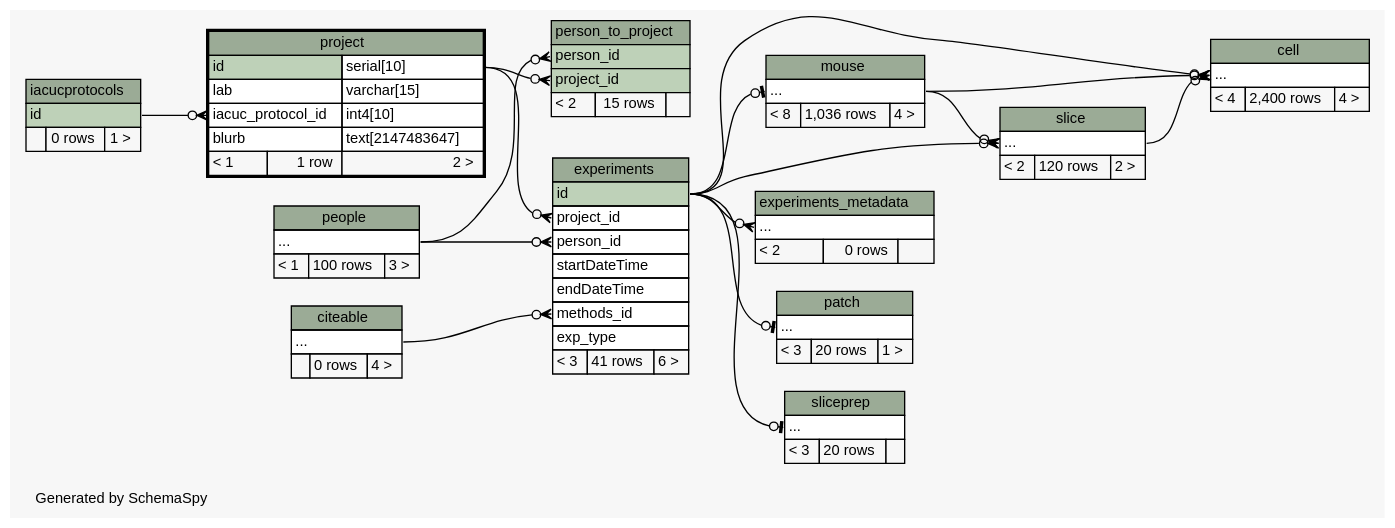
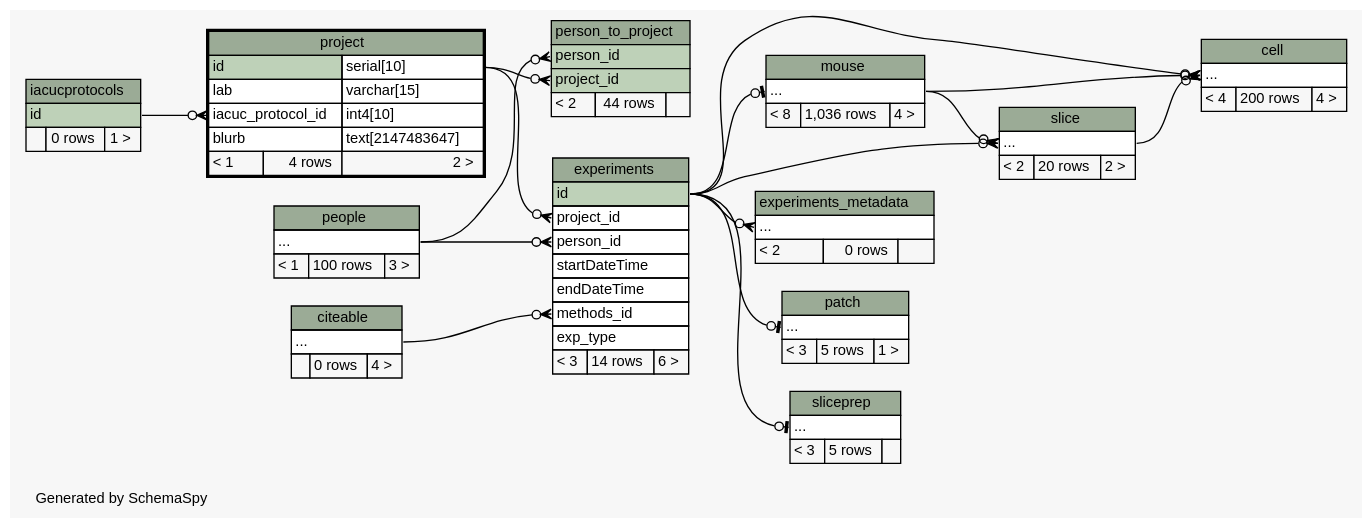
One commit to tgbugs/mlab changed the diagram in database/ss/diagrams/project.2degrees.dot. Above: the diagram before and after it, drawn with Graphviz. The commit also changed 221 other files, not shown here.

```diff
--- a/database/ss/diagrams/project.2degrees.dot
+++ b/database/ss/diagrams/project.2degrees.dot
@@ -1,167 +1,167 @@
 // dot 2.34.0 on Windows 7 6.1
 // SchemaSpy rev 590
 digraph "twoDegreesRelationshipsDiagram" {
   graph [
     rankdir="RL"
     bgcolor="#f7f7f7"
     label="\nGenerated by SchemaSpy"
     labeljust="l"
     nodesep="0.18"
     ranksep="0.46"
     fontname="Helvetica"
     fontsize="11"
   ];
   node [
     fontname="Helvetica"
     fontsize="11"
     shape="plaintext"
   ];
   edge [
     arrowsize="0.8"
   ];
   "cell":"elipses":w -> "experiments":"id":e [arrowhead=none dir=back arrowtail=crowodot];
   "cell":"elipses":w -> "mouse":"elipses":e [arrowhead=none dir=back arrowtail=crowodot];
   "cell":"elipses":w -> "slice":"elipses":e [arrowhead=none dir=back arrowtail=crowodot];
   "experiments":"methods_id":w -> "citeable":"elipses":e [arrowhead=none dir=back arrowtail=crowodot];
   "experiments":"person_id":w -> "people":"elipses":e [arrowhead=none dir=back arrowtail=crowodot];
   "experiments":"project_id":w -> "project":"id.type":e [arrowhead=none dir=back arrowtail=crowodot];
   "experiments_metadata":"elipses":w -> "experiments":"id":e [arrowhead=none dir=back arrowtail=crowodot];
   "mouse":"elipses":w -> "experiments":"id":e [arrowhead=none dir=back arrowtail=teeodot];
   "patch":"elipses":w -> "experiments":"id":e [arrowhead=none dir=back arrowtail=teeodot];
   "person_to_project":"person_id":w -> "people":"elipses":e [arrowhead=none dir=back arrowtail=crowodot];
   "person_to_project":"project_id":w -> "project":"id.type":e [arrowhead=none dir=back arrowtail=crowodot];
   "project":"iacuc_protocol_id":w -> "iacucprotocols":"id":e [arrowhead=none dir=back arrowtail=crowodot];
   "slice":"elipses":w -> "mouse":"elipses":e [arrowhead=none dir=back arrowtail=crowodot];
   "slice":"elipses":w -> "experiments":"id":e [arrowhead=none dir=back arrowtail=crowodot];
   "sliceprep":"elipses":w -> "experiments":"id":e [arrowhead=none dir=back arrowtail=teeodot];
   "cell" [
     label=<
     <TABLE BORDER="0" CELLBORDER="1" CELLSPACING="0" BGCOLOR="#ffffff">
       <TR><TD COLSPAN="3" BGCOLOR="#9bab96" ALIGN="CENTER">cell</TD></TR>
       <TR><TD PORT="elipses" COLSPAN="3" ALIGN="LEFT">...</TD></TR>
-      <TR><TD ALIGN="LEFT" BGCOLOR="#f7f7f7">&lt; 4</TD><TD ALIGN="RIGHT" BGCOLOR="#f7f7f7">2,400 rows</TD><TD ALIGN="RIGHT" BGCOLOR="#f7f7f7">4 &gt;</TD></TR>
+      <TR><TD ALIGN="LEFT" BGCOLOR="#f7f7f7">&lt; 4</TD><TD ALIGN="RIGHT" BGCOLOR="#f7f7f7">200 rows</TD><TD ALIGN="RIGHT" BGCOLOR="#f7f7f7">4 &gt;</TD></TR>
     </TABLE>>
     URL="cell.html"
     tooltip="cell"
   ];
   "citeable" [
     label=<
     <TABLE BORDER="0" CELLBORDER="1" CELLSPACING="0" BGCOLOR="#ffffff">
       <TR><TD COLSPAN="3" BGCOLOR="#9bab96" ALIGN="CENTER">citeable</TD></TR>
       <TR><TD PORT="elipses" COLSPAN="3" ALIGN="LEFT">...</TD></TR>
       <TR><TD ALIGN="LEFT" BGCOLOR="#f7f7f7">  </TD><TD ALIGN="RIGHT" BGCOLOR="#f7f7f7">0 rows</TD><TD ALIGN="RIGHT" BGCOLOR="#f7f7f7">4 &gt;</TD></TR>
     </TABLE>>
     URL="citeable.html"
     tooltip="citeable"
   ];
   "experiments" [
     label=<
     <TABLE BORDER="0" CELLBORDER="1" CELLSPACING="0" BGCOLOR="#ffffff">
       <TR><TD COLSPAN="3" BGCOLOR="#9bab96" ALIGN="CENTER">experiments</TD></TR>
       <TR><TD PORT="id" COLSPAN="3" BGCOLOR="#bed1b8" ALIGN="LEFT">id</TD></TR>
       <TR><TD PORT="project_id" COLSPAN="3" ALIGN="LEFT">project_id</TD></TR>
       <TR><TD PORT="person_id" COLSPAN="3" ALIGN="LEFT">person_id</TD></TR>
       <TR><TD PORT="startDateTime" COLSPAN="3" ALIGN="LEFT">startDateTime</TD></TR>
       <TR><TD PORT="endDateTime" COLSPAN="3" ALIGN="LEFT">endDateTime</TD></TR>
       <TR><TD PORT="methods_id" COLSPAN="3" ALIGN="LEFT">methods_id</TD></TR>
       <TR><TD PORT="exp_type" COLSPAN="3" ALIGN="LEFT">exp_type</TD></TR>
-      <TR><TD ALIGN="LEFT" BGCOLOR="#f7f7f7">&lt; 3</TD><TD ALIGN="RIGHT" BGCOLOR="#f7f7f7">41 rows</TD><TD ALIGN="RIGHT" BGCOLOR="#f7f7f7">6 &gt;</TD></TR>
+      <TR><TD ALIGN="LEFT" BGCOLOR="#f7f7f7">&lt; 3</TD><TD ALIGN="RIGHT" BGCOLOR="#f7f7f7">14 rows</TD><TD ALIGN="RIGHT" BGCOLOR="#f7f7f7">6 &gt;</TD></TR>
     </TABLE>>
     URL="experiments.html"
     tooltip="experiments"
   ];
   "experiments_metadata" [
     label=<
     <TABLE BORDER="0" CELLBORDER="1" CELLSPACING="0" BGCOLOR="#ffffff">
       <TR><TD COLSPAN="3" BGCOLOR="#9bab96" ALIGN="CENTER">experiments_metadata</TD></TR>
       <TR><TD PORT="elipses" COLSPAN="3" ALIGN="LEFT">...</TD></TR>
       <TR><TD ALIGN="LEFT" BGCOLOR="#f7f7f7">&lt; 2</TD><TD ALIGN="RIGHT" BGCOLOR="#f7f7f7">0 rows</TD><TD ALIGN="RIGHT" BGCOLOR="#f7f7f7">  </TD></TR>
     </TABLE>>
     URL="experiments_metadata.html"
     tooltip="experiments_metadata"
   ];
   "iacucprotocols" [
     label=<
     <TABLE BORDER="0" CELLBORDER="1" CELLSPACING="0" BGCOLOR="#ffffff">
       <TR><TD COLSPAN="3" BGCOLOR="#9bab96" ALIGN="CENTER">iacucprotocols</TD></TR>
       <TR><TD PORT="id" COLSPAN="3" BGCOLOR="#bed1b8" ALIGN="LEFT">id</TD></TR>
       <TR><TD ALIGN="LEFT" BGCOLOR="#f7f7f7">  </TD><TD ALIGN="RIGHT" BGCOLOR="#f7f7f7">0 rows</TD><TD ALIGN="RIGHT" BGCOLOR="#f7f7f7">1 &gt;</TD></TR>
     </TABLE>>
     URL="iacucprotocols.html"
     tooltip="iacucprotocols"
   ];
   "mouse" [
     label=<
     <TABLE BORDER="0" CELLBORDER="1" CELLSPACING="0" BGCOLOR="#ffffff">
       <TR><TD COLSPAN="3" BGCOLOR="#9bab96" ALIGN="CENTER">mouse</TD></TR>
       <TR><TD PORT="elipses" COLSPAN="3" ALIGN="LEFT">...</TD></TR>
       <TR><TD ALIGN="LEFT" BGCOLOR="#f7f7f7">&lt; 8</TD><TD ALIGN="RIGHT" BGCOLOR="#f7f7f7">1,036 rows</TD><TD ALIGN="RIGHT" BGCOLOR="#f7f7f7">4 &gt;</TD></TR>
     </TABLE>>
     URL="mouse.html"
     tooltip="mouse"
   ];
   "patch" [
     label=<
     <TABLE BORDER="0" CELLBORDER="1" CELLSPACING="0" BGCOLOR="#ffffff">
       <TR><TD COLSPAN="3" BGCOLOR="#9bab96" ALIGN="CENTER">patch</TD></TR>
       <TR><TD PORT="elipses" COLSPAN="3" ALIGN="LEFT">...</TD></TR>
-      <TR><TD ALIGN="LEFT" BGCOLOR="#f7f7f7">&lt; 3</TD><TD ALIGN="RIGHT" BGCOLOR="#f7f7f7">20 rows</TD><TD ALIGN="RIGHT" BGCOLOR="#f7f7f7">1 &gt;</TD></TR>
+      <TR><TD ALIGN="LEFT" BGCOLOR="#f7f7f7">&lt; 3</TD><TD ALIGN="RIGHT" BGCOLOR="#f7f7f7">5 rows</TD><TD ALIGN="RIGHT" BGCOLOR="#f7f7f7">1 &gt;</TD></TR>
     </TABLE>>
     URL="patch.html"
     tooltip="patch"
   ];
   "people" [
     label=<
     <TABLE BORDER="0" CELLBORDER="1" CELLSPACING="0" BGCOLOR="#ffffff">
       <TR><TD COLSPAN="3" BGCOLOR="#9bab96" ALIGN="CENTER">people</TD></TR>
       <TR><TD PORT="elipses" COLSPAN="3" ALIGN="LEFT">...</TD></TR>
       <TR><TD ALIGN="LEFT" BGCOLOR="#f7f7f7">&lt; 1</TD><TD ALIGN="RIGHT" BGCOLOR="#f7f7f7">100 rows</TD><TD ALIGN="RIGHT" BGCOLOR="#f7f7f7">3 &gt;</TD></TR>
     </TABLE>>
     URL="people.html"
     tooltip="people"
   ];
   "person_to_project" [
     label=<
     <TABLE BORDER="0" CELLBORDER="1" CELLSPACING="0" BGCOLOR="#ffffff">
       <TR><TD COLSPAN="3" BGCOLOR="#9bab96" ALIGN="CENTER">person_to_project</TD></TR>
       <TR><TD PORT="person_id" COLSPAN="3" BGCOLOR="#bed1b8" ALIGN="LEFT">person_id</TD></TR>
       <TR><TD PORT="project_id" COLSPAN="3" BGCOLOR="#bed1b8" ALIGN="LEFT">project_id</TD></TR>
-      <TR><TD ALIGN="LEFT" BGCOLOR="#f7f7f7">&lt; 2</TD><TD ALIGN="RIGHT" BGCOLOR="#f7f7f7">15 rows</TD><TD ALIGN="RIGHT" BGCOLOR="#f7f7f7">  </TD></TR>
+      <TR><TD ALIGN="LEFT" BGCOLOR="#f7f7f7">&lt; 2</TD><TD ALIGN="RIGHT" BGCOLOR="#f7f7f7">44 rows</TD><TD ALIGN="RIGHT" BGCOLOR="#f7f7f7">  </TD></TR>
     </TABLE>>
     URL="person_to_project.html"
     tooltip="person_to_project"
   ];
   "project" [
     label=<
     <TABLE BORDER="2" CELLBORDER="1" CELLSPACING="0" BGCOLOR="#ffffff">
       <TR><TD COLSPAN="3" BGCOLOR="#9bab96" ALIGN="CENTER">project</TD></TR>
       <TR><TD PORT="id" COLSPAN="2" BGCOLOR="#bed1b8" ALIGN="LEFT">id</TD><TD PORT="id.type" ALIGN="LEFT">serial[10]</TD></TR>
       <TR><TD PORT="lab" COLSPAN="2" ALIGN="LEFT">lab</TD><TD PORT="lab.type" ALIGN="LEFT">varchar[15]</TD></TR>
       <TR><TD PORT="iacuc_protocol_id" COLSPAN="2" ALIGN="LEFT">iacuc_protocol_id</TD><TD PORT="iacuc_protocol_id.type" ALIGN="LEFT">int4[10]</TD></TR>
       <TR><TD PORT="blurb" COLSPAN="2" ALIGN="LEFT">blurb</TD><TD PORT="blurb.type" ALIGN="LEFT">text[2147483647]</TD></TR>
-      <TR><TD ALIGN="LEFT" BGCOLOR="#f7f7f7">&lt; 1</TD><TD ALIGN="RIGHT" BGCOLOR="#f7f7f7">1 row</TD><TD ALIGN="RIGHT" BGCOLOR="#f7f7f7">2 &gt;</TD></TR>
+      <TR><TD ALIGN="LEFT" BGCOLOR="#f7f7f7">&lt; 1</TD><TD ALIGN="RIGHT" BGCOLOR="#f7f7f7">4 rows</TD><TD ALIGN="RIGHT" BGCOLOR="#f7f7f7">2 &gt;</TD></TR>
     </TABLE>>
     URL="project.html"
     tooltip="project"
   ];
   "slice" [
     label=<
     <TABLE BORDER="0" CELLBORDER="1" CELLSPACING="0" BGCOLOR="#ffffff">
       <TR><TD COLSPAN="3" BGCOLOR="#9bab96" ALIGN="CENTER">slice</TD></TR>
       <TR><TD PORT="elipses" COLSPAN="3" ALIGN="LEFT">...</TD></TR>
-      <TR><TD ALIGN="LEFT" BGCOLOR="#f7f7f7">&lt; 2</TD><TD ALIGN="RIGHT" BGCOLOR="#f7f7f7">120 rows</TD><TD ALIGN="RIGHT" BGCOLOR="#f7f7f7">2 &gt;</TD></TR>
+      <TR><TD ALIGN="LEFT" BGCOLOR="#f7f7f7">&lt; 2</TD><TD ALIGN="RIGHT" BGCOLOR="#f7f7f7">20 rows</TD><TD ALIGN="RIGHT" BGCOLOR="#f7f7f7">2 &gt;</TD></TR>
     </TABLE>>
     URL="slice.html"
     tooltip="slice"
   ];
   "sliceprep" [
     label=<
     <TABLE BORDER="0" CELLBORDER="1" CELLSPACING="0" BGCOLOR="#ffffff">
       <TR><TD COLSPAN="3" BGCOLOR="#9bab96" ALIGN="CENTER">sliceprep</TD></TR>
       <TR><TD PORT="elipses" COLSPAN="3" ALIGN="LEFT">...</TD></TR>
-      <TR><TD ALIGN="LEFT" BGCOLOR="#f7f7f7">&lt; 3</TD><TD ALIGN="RIGHT" BGCOLOR="#f7f7f7">20 rows</TD><TD ALIGN="RIGHT" BGCOLOR="#f7f7f7">  </TD></TR>
+      <TR><TD ALIGN="LEFT" BGCOLOR="#f7f7f7">&lt; 3</TD><TD ALIGN="RIGHT" BGCOLOR="#f7f7f7">5 rows</TD><TD ALIGN="RIGHT" BGCOLOR="#f7f7f7">  </TD></TR>
     </TABLE>>
     URL="sliceprep.html"
     tooltip="sliceprep"
   ];
 }
```
